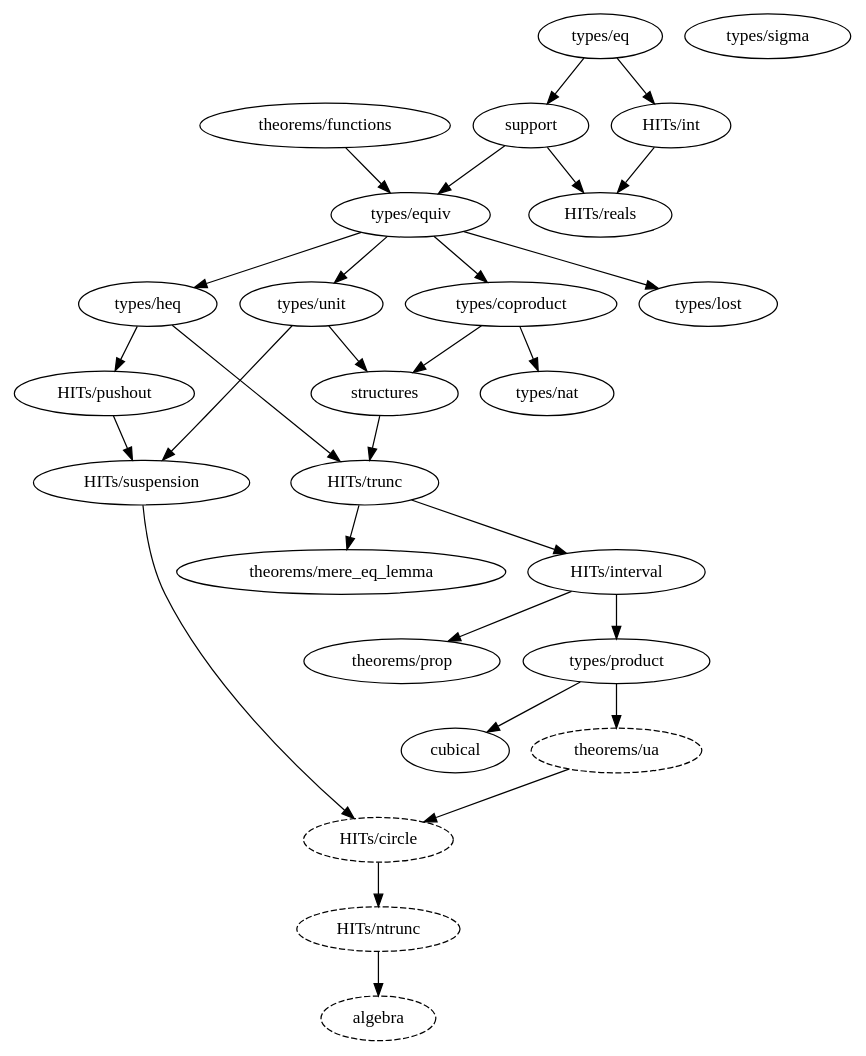
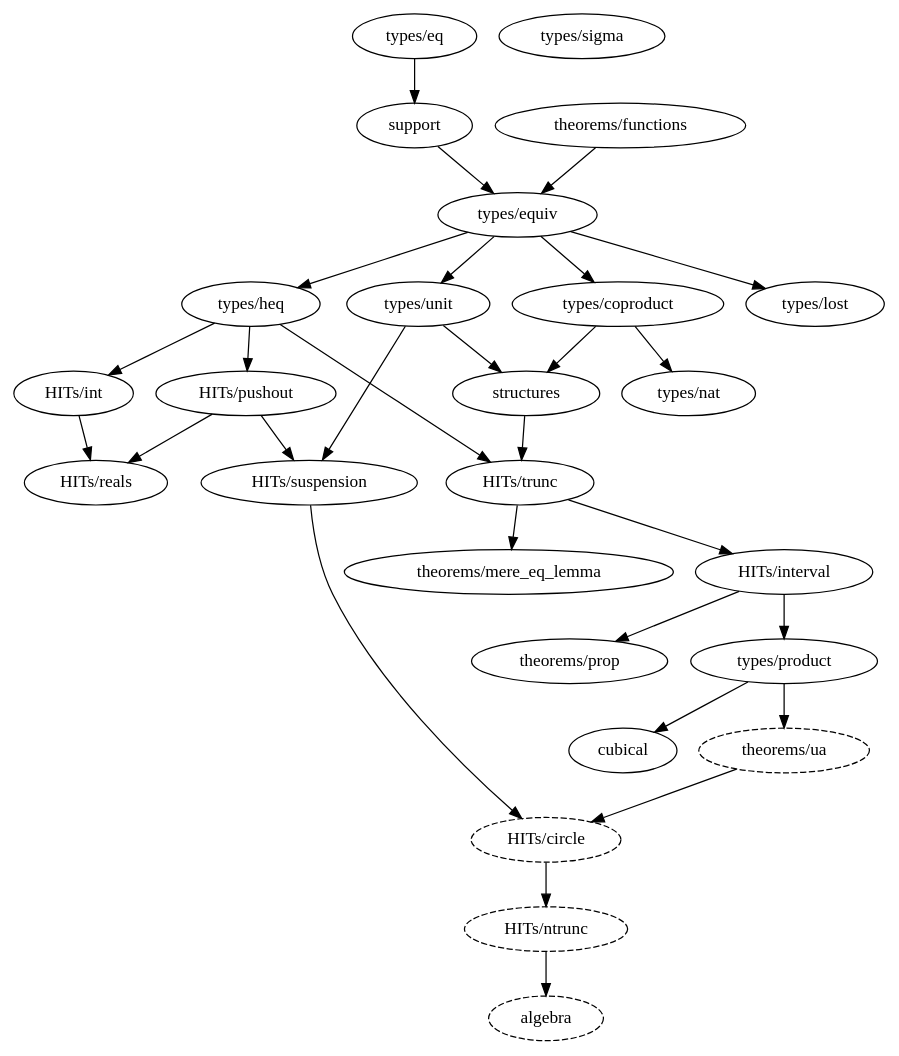
One commit to forked-from-1kasper/ground_zero changed the diagram in dependency_map.gv. Above: the diagram before and after it, drawn with Graphviz. The commit also changed 3 other files, not shown here.

```diff
--- a/dependency_map.gv
+++ b/dependency_map.gv
@@ -1,57 +1,57 @@
 digraph dependency_map {
   algebra [style=dashed]
   "HITs/ntrunc" -> algebra
 
   "HITs/circle" [style=dashed]
   "HITs/suspension" -> "HITs/circle"
   "theorems/ua" -> "HITs/circle"
 
   "types/equiv" -> "types/coproduct"
 
   "types/product" -> cubical
 
   "types/equiv" -> "types/heq"
 
   support -> "types/equiv"
   "theorems/functions" -> "types/equiv"
 
-  "types/eq" -> "HITs/int"
+  "types/heq" -> "HITs/int"
 
   "HITs/trunc" -> "HITs/interval"
 
   "HITs/trunc" -> "theorems/mere_eq_lemma"
 
   "HITs/ntrunc" [style=dashed]
   "HITs/circle" -> "HITs/ntrunc"
 
   "HITs/interval" -> "types/product"
 
   "HITs/interval" -> "theorems/prop"
 
   "types/heq" -> "HITs/pushout"
 
-  support -> "HITs/reals"
+  "HITs/pushout" -> "HITs/reals"
   "HITs/int" -> "HITs/reals"
 
   "types/unit" -> structures
   "types/coproduct" -> structures
 
   "types/eq" -> support
 
   "HITs/pushout" -> "HITs/suspension"
   "types/unit" -> "HITs/suspension"
 
   structures -> "HITs/trunc"
   "types/heq" -> "HITs/trunc"
 
   "theorems/ua" [style=dashed]
   "types/product" -> "theorems/ua"
 
   "types/equiv" -> "types/unit"
 
   "types/coproduct" -> "types/nat"
 
   "types/equiv" -> "types/lost"
 
   "types/sigma"
 }
```
